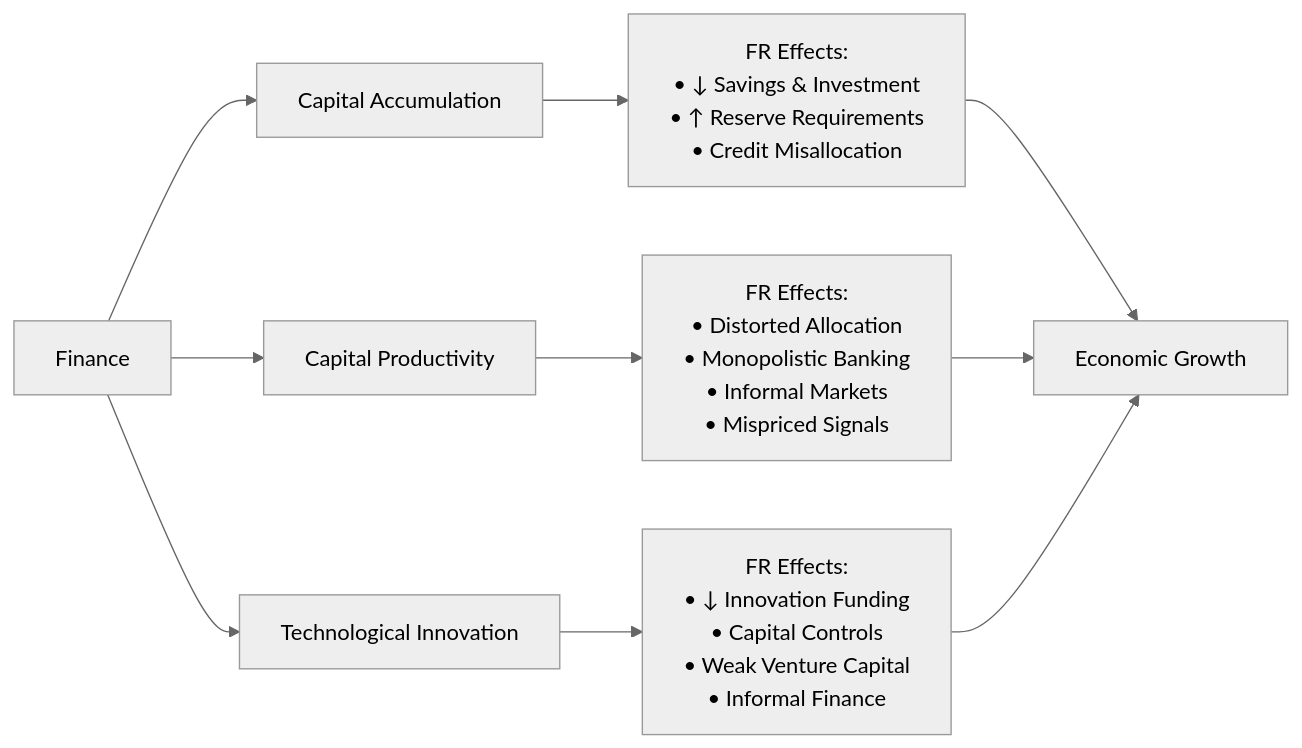
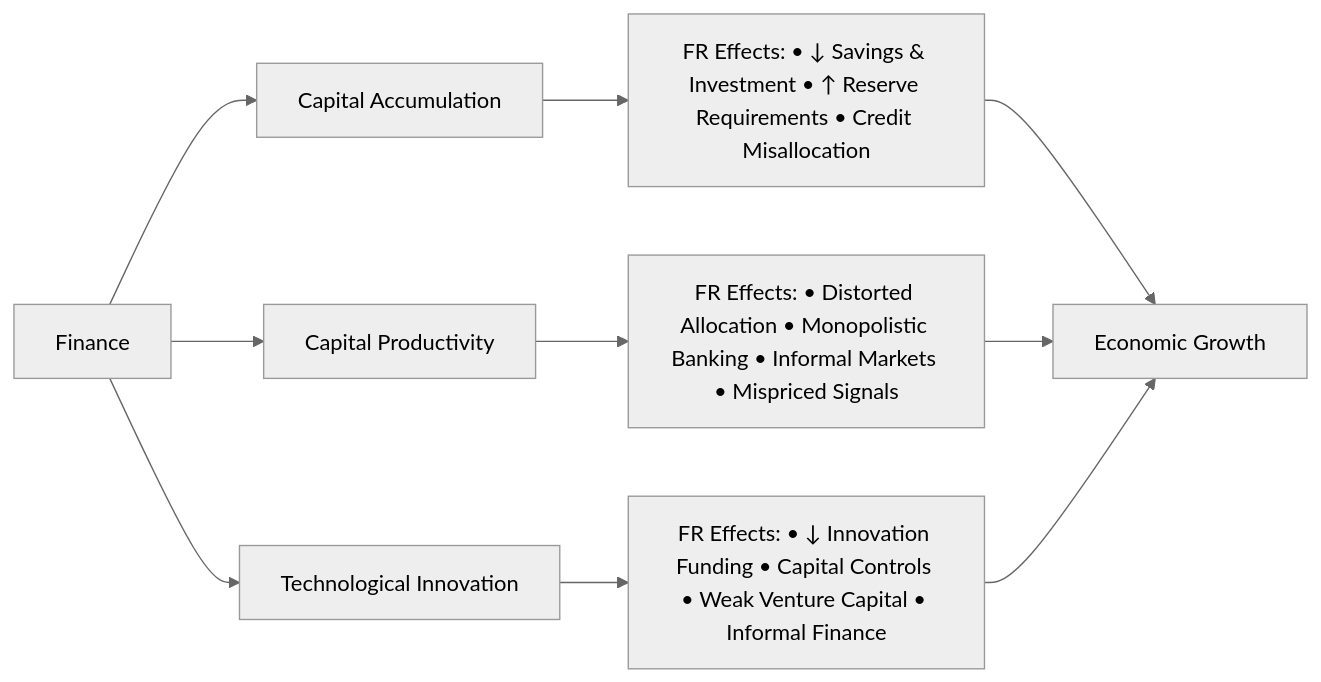
The diagram in FR-FD&Gr.md (Aboutorabi/FR-FD-Gr.md), drawn with Mermaid (neutral theme) before and after one commit.

````diff
--- a/FR-FD&Gr.md
+++ b/FR-FD&Gr.md
@@ -1,20 +1,20 @@
 ```mermaid
 flowchart LR
     F["Finance"]
 
     %% Channels
     A["Capital Accumulation"]
     B["Capital Productivity"]
     C["Technological Innovation"]
 
     %% FR Effects (multiline with bullets)
-    A_sub["FR Effects:\n• ↓ Savings & Investment\n• ↑ Reserve Requirements\n• Credit Misallocation"]
-    B_sub["FR Effects:\n• Distorted Allocation\n• Monopolistic Banking\n• Informal Markets\n• Mispriced Signals"]
-    C_sub["FR Effects:\n• ↓ Innovation Funding\n• Capital Controls\n• Weak Venture Capital\n• Informal Finance"]
+    A_sub["FR Effects: • ↓ Savings & Investment • ↑ Reserve Requirements • Credit Misallocation"]
+    B_sub["FR Effects: • Distorted Allocation • Monopolistic Banking • Informal Markets • Mispriced Signals"]
+    C_sub["FR Effects: • ↓ Innovation Funding • Capital Controls • Weak Venture Capital • Informal Finance"]
 
     %% Flow connections
     F --> A --> A_sub --> G["Economic Growth"]
     F --> B --> B_sub --> G
     F --> C --> C_sub --> G
 
 ```
````
